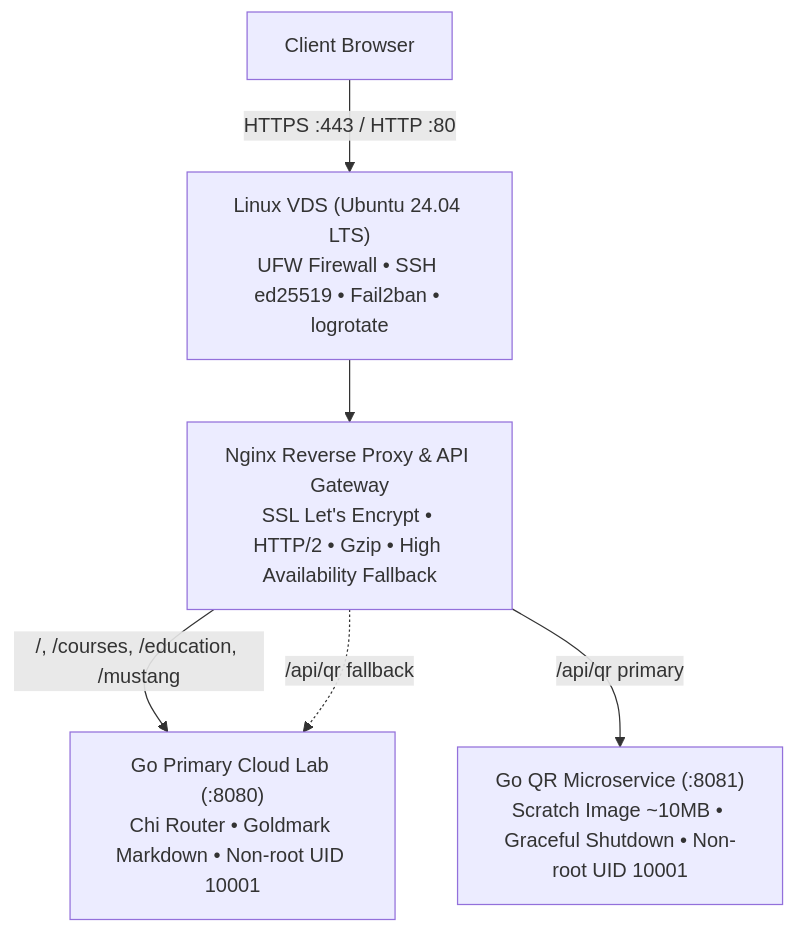
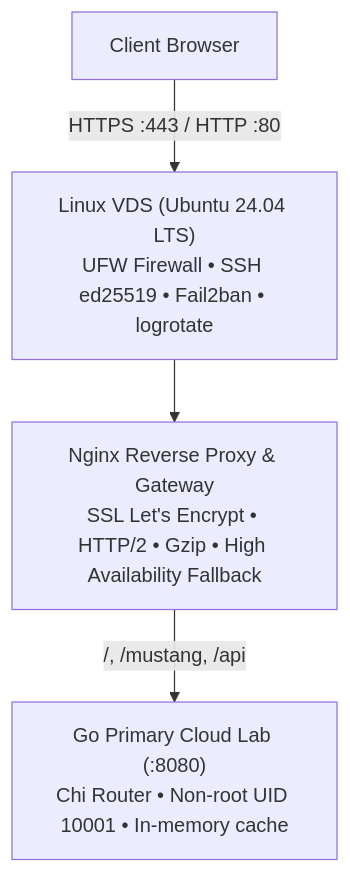
The first of 3 diagrams in README.md (AndreyJVM/portfolio-service), drawn with Mermaid before and after one commit. The commit also changed other lines of this file and 154 other files, not shown here.

````diff
--- a/README.md
+++ b/README.md
@@ -47,8 +45,6 @@
 ```mermaid
 flowchart TD
     Client["Client Browser"] -->|HTTPS :443 / HTTP :80| Host["Linux VDS (Ubuntu 24.04 LTS)<br/>UFW Firewall • SSH ed25519 • Fail2ban • logrotate"]
-    Host --> Nginx["Nginx Reverse Proxy & API Gateway<br/>SSL Let's Encrypt • HTTP/2 • Gzip • High Availability Fallback"]
-    Nginx -->|/, /courses, /education, /mustang| GoApp["Go Primary Cloud Lab (:8080)<br/>Chi Router • Goldmark Markdown • Non-root UID 10001"]
-    Nginx -->|/api/qr primary| GoQR["Go QR Microservice (:8081)<br/>Scratch Image ~10MB • Graceful Shutdown • Non-root UID 10001"]
-    Nginx -.->|/api/qr fallback| GoApp
+    Host --> Nginx["Nginx Reverse Proxy & Gateway<br/>SSL Let's Encrypt • HTTP/2 • Gzip • High Availability Fallback"]
+    Nginx -->|/, /mustang, /api| GoApp["Go Primary Cloud Lab (:8080)<br/>Chi Router • Non-root UID 10001 • In-memory cache"]
 ```
````
